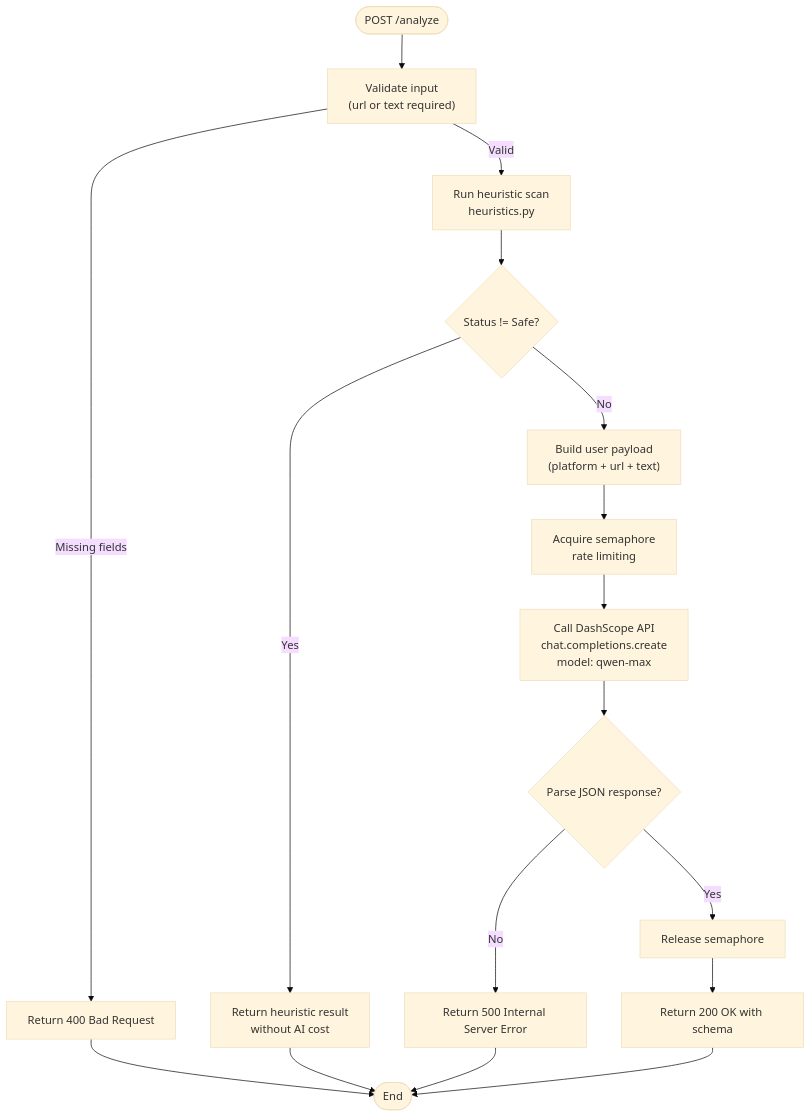
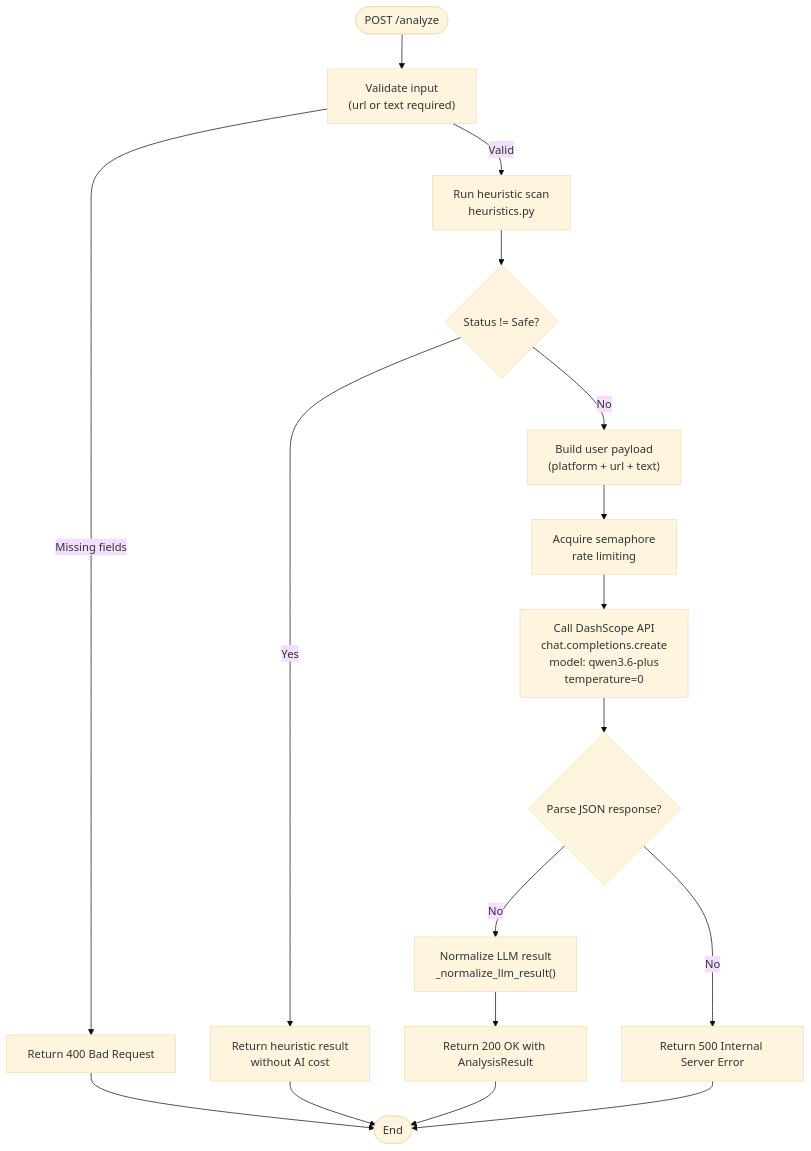
One commit to Aymanaahh/scrollguard-ai changed the third of 5 diagrams in .qoder/repowiki/en/content/Backend API Documentation.md. Above: the diagram before and after it, drawn with Mermaid (base theme). The commit also changed other lines of this file and 33 other files, not shown here.

````diff
--- a/.qoder/repowiki/en/content/Backend API Documentation.md
+++ b/.qoder/repowiki/en/content/Backend API Documentation.md
@@ -237,19 +258,19 @@
 ```mermaid
 flowchart TD
 Start(["POST /analyze"]) --> Validate["Validate input<br/>(url or text required)"]
 Validate --> |Missing fields| Err400["Return 400 Bad Request"]
 Validate --> |Valid| Heuristic["Run heuristic scan<br/>heuristics.py"]
 Heuristic --> Check{"Status != Safe?"}
 Check --> |Yes| ReturnHeuristic["Return heuristic result<br/>without AI cost"]
 Check --> |No| BuildPrompt["Build user payload<br/>(platform + url + text)"]
 BuildPrompt --> Semaphore["Acquire semaphore<br/>rate limiting"]
-Semaphore --> CallLLM["Call DashScope API<br/>chat.completions.create<br/>model: qwen-max"]
+Semaphore --> CallLLM["Call DashScope API<br/>chat.completions.create<br/>model: qwen3.6-plus<br/>temperature=0"]
 CallLLM --> Parse{"Parse JSON response?"}
+Parse --> |No| Normalize["Normalize LLM result<br/>_normalize_llm_result()"]
+Normalize --> Return200["Return 200 OK with AnalysisResult"]
 Parse --> |No| Err500["Return 500 Internal Server Error"]
-Parse --> |Yes| Release["Release semaphore"]
-Release --> Return200["Return 200 OK with schema"]
 Err400 --> End(["End"])
 Err500 --> End
 ReturnHeuristic --> End
 Return200 --> End
 ```
````
